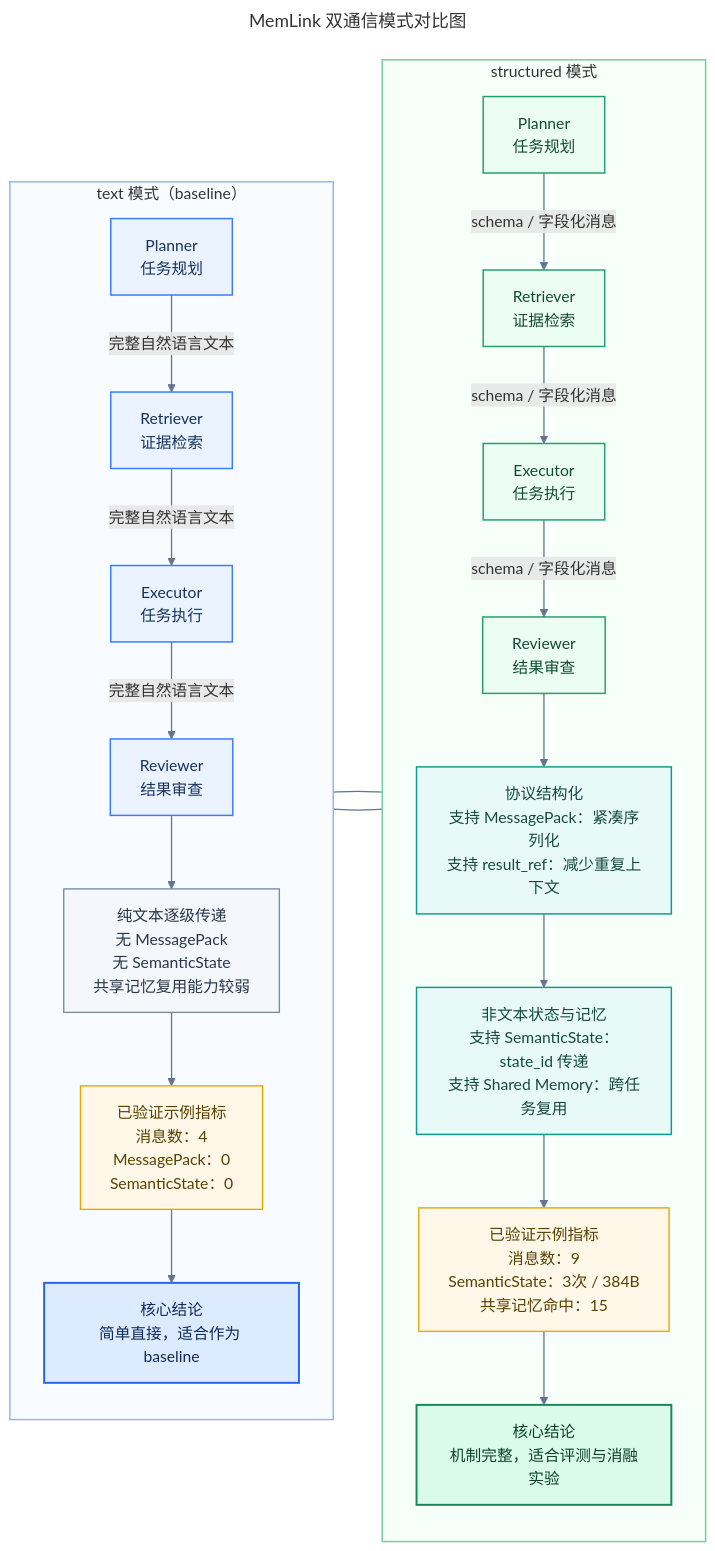
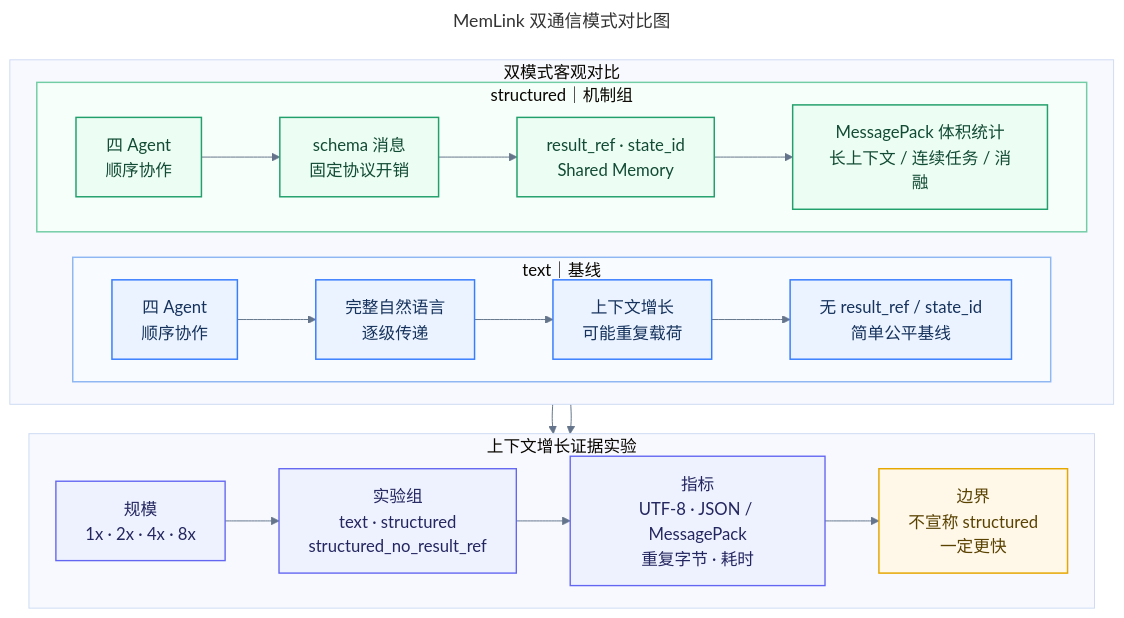
Before and after one commit to fjy1111/memlink: the diagram in docs/diagrams/mode_comparison.mmd, drawn with Mermaid. The commit also changed 24 other files, not shown here.

Commit message:
docs: 统一比赛架构图与流程图

```diff
--- a/docs/diagrams/mode_comparison.mmd
+++ b/docs/diagrams/mode_comparison.mmd
@@ -1,63 +1,50 @@
 ---
 title: MemLink 双通信模式对比图
 ---
-flowchart LR
-    subgraph TEXT_COL["text 模式（baseline）"]
-        direction TB
-        TP["Planner<br/>任务规划"]
-        TR["Retriever<br/>证据检索"]
-        TE["Executor<br/>任务执行"]
-        TV["Reviewer<br/>结果审查"]
+%% 图示说明：客观对照 text 完整文本基线与 structured 机制，并引出上下文增长证据实验。
+%%{init: {"theme":"base","flowchart":{"curve":"basis","nodeSpacing":26,"rankSpacing":30},"themeVariables":{"fontFamily":"Microsoft YaHei, Noto Sans CJK SC, sans-serif","fontSize":"17px","lineColor":"#64748B"}}}%%
+flowchart TB
+    subgraph MODES["双模式客观对比"]
+        direction LR
+        subgraph TEXT_MODE["text｜基线"]
+            direction LR
+            T_FLOW["四 Agent<br/>顺序协作"]
+            T_HANDOFF["完整自然语言<br/>逐级传递"]
+            T_COST["上下文增长<br/>可能重复载荷"]
+            T_USE["无 result_ref / state_id<br/>简单公平基线"]
+            T_FLOW --> T_HANDOFF --> T_COST --> T_USE
+        end
 
-        TP -->|"完整自然语言文本"| TR
-        TR -->|"完整自然语言文本"| TE
-        TE -->|"完整自然语言文本"| TV
-
-        T_FEATURES["纯文本逐级传递<br/>无 MessagePack<br/>无 SemanticState<br/>共享记忆复用能力较弱"]
-        T_METRICS["已验证示例指标<br/>消息数：4<br/>MessagePack：0<br/>SemanticState：0"]
-        T_SUMMARY["核心结论<br/>简单直接，适合作为 baseline"]
-
-        TV --> T_FEATURES --> T_METRICS --> T_SUMMARY
+        subgraph STRUCT_MODE["structured｜机制组"]
+            direction LR
+            S_FLOW["四 Agent<br/>顺序协作"]
+            S_SCHEMA["schema 消息<br/>固定协议开销"]
+            S_MECHANISM["result_ref · state_id<br/>Shared Memory"]
+            S_USE["MessagePack 体积统计<br/>长上下文 / 连续任务 / 消融"]
+            S_FLOW --> S_SCHEMA --> S_MECHANISM --> S_USE
+        end
     end
 
-    subgraph STRUCTURED_COL["structured 模式"]
-        direction TB
-        SP["Planner<br/>任务规划"]
-        SR["Retriever<br/>证据检索"]
-        SE["Executor<br/>任务执行"]
-        SV["Reviewer<br/>结果审查"]
-
-        SP -->|"schema / 字段化消息"| SR
-        SR -->|"schema / 字段化消息"| SE
-        SE -->|"schema / 字段化消息"| SV
-
-        S_PROTOCOL["协议结构化<br/>支持 MessagePack：紧凑序列化<br/>支持 result_ref：减少重复上下文"]
-        S_STATE["非文本状态与记忆<br/>支持 SemanticState：state_id 传递<br/>支持 Shared Memory：跨任务复用"]
-        S_METRICS["已验证示例指标<br/>消息数：9<br/>SemanticState：3次 / 384B<br/>共享记忆命中：15"]
-        S_SUMMARY["核心结论<br/>机制完整，适合评测与消融实验"]
-
-        SV --> S_PROTOCOL --> S_STATE --> S_METRICS --> S_SUMMARY
+    subgraph EVIDENCE["上下文增长证据实验"]
+        direction LR
+        SCALE["规模<br/>1x · 2x · 4x · 8x"]
+        MATRIX["实验组<br/>text · structured<br/>structured_no_result_ref"]
+        OBSERVE["指标<br/>UTF-8 · JSON / MessagePack<br/>重复字节 · 耗时"]
+        HONEST["边界<br/>不宣称 structured<br/>一定更快"]
+        SCALE --> MATRIX --> OBSERVE --> HONEST
     end
 
-    TP ~~~ SP
-    T_SUMMARY ~~~ S_SUMMARY
+    T_USE --> SCALE
+    S_USE --> SCALE
 
-    classDef textAgent fill:#EAF3FF,stroke:#377DFF,color:#16325C,stroke-width:1.5px;
-    classDef textFeature fill:#F4F7FB,stroke:#7B8CA5,color:#27364A,stroke-width:1.4px;
-    classDef structuredAgent fill:#ECFDF3,stroke:#22A06B,color:#124B35,stroke-width:1.5px;
-    classDef structuredFeature fill:#E8FAF8,stroke:#0F9D8A,color:#154A43,stroke-width:1.5px;
-    classDef metric fill:#FFF8E8,stroke:#E6A700,color:#594100,stroke-width:1.4px;
-    classDef textSummary fill:#DCEBFF,stroke:#2563EB,color:#102A56,stroke-width:2px;
-    classDef structuredSummary fill:#D9FBE8,stroke:#16875D,color:#0B422D,stroke-width:2px;
+    classDef text fill:#EAF3FF,stroke:#377DFF,color:#16325C,stroke-width:1.5px;
+    classDef structured fill:#ECFDF3,stroke:#22A06B,color:#124B35,stroke-width:1.5px;
+    classDef evidence fill:#EEF2FF,stroke:#6366F1,color:#24265F,stroke-width:1.4px;
+    classDef boundary fill:#FFF8E8,stroke:#E6A700,color:#594100,stroke-width:1.5px;
 
-    class TP,TR,TE,TV textAgent;
-    class T_FEATURES textFeature;
-    class SP,SR,SE,SV structuredAgent;
-    class S_PROTOCOL,S_STATE structuredFeature;
-    class T_METRICS,S_METRICS metric;
-    class T_SUMMARY textSummary;
-    class S_SUMMARY structuredSummary;
-
-    style TEXT_COL fill:#F8FBFF,stroke:#8FB7F2,stroke-width:1.5px;
-    style STRUCTURED_COL fill:#F6FFFA,stroke:#72CDA5,stroke-width:1.5px;
-    linkStyle default stroke:#64748B,stroke-width:1.3px;
+    class T_FLOW,T_HANDOFF,T_COST,T_USE text;
+    class S_FLOW,S_SCHEMA,S_MECHANISM,S_USE structured;
+    class SCALE,MATRIX,OBSERVE evidence;
+    class HONEST boundary;
+    style TEXT_MODE fill:#F8FBFF,stroke:#8FB7F2,stroke-width:1.5px;
+    style STRUCT_MODE fill:#F6FFFA,stroke:#72CDA5,stroke-width:1.5px;
```
